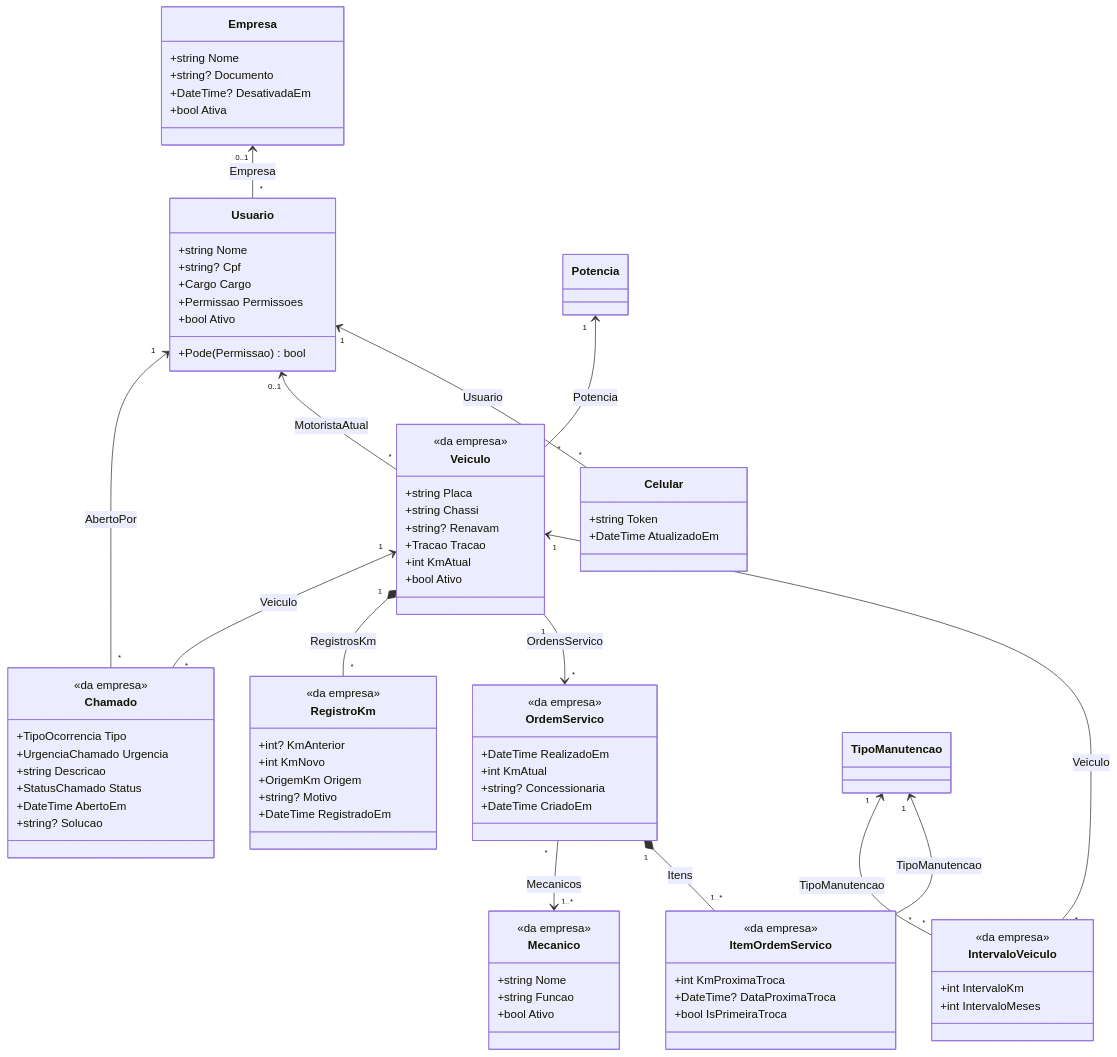
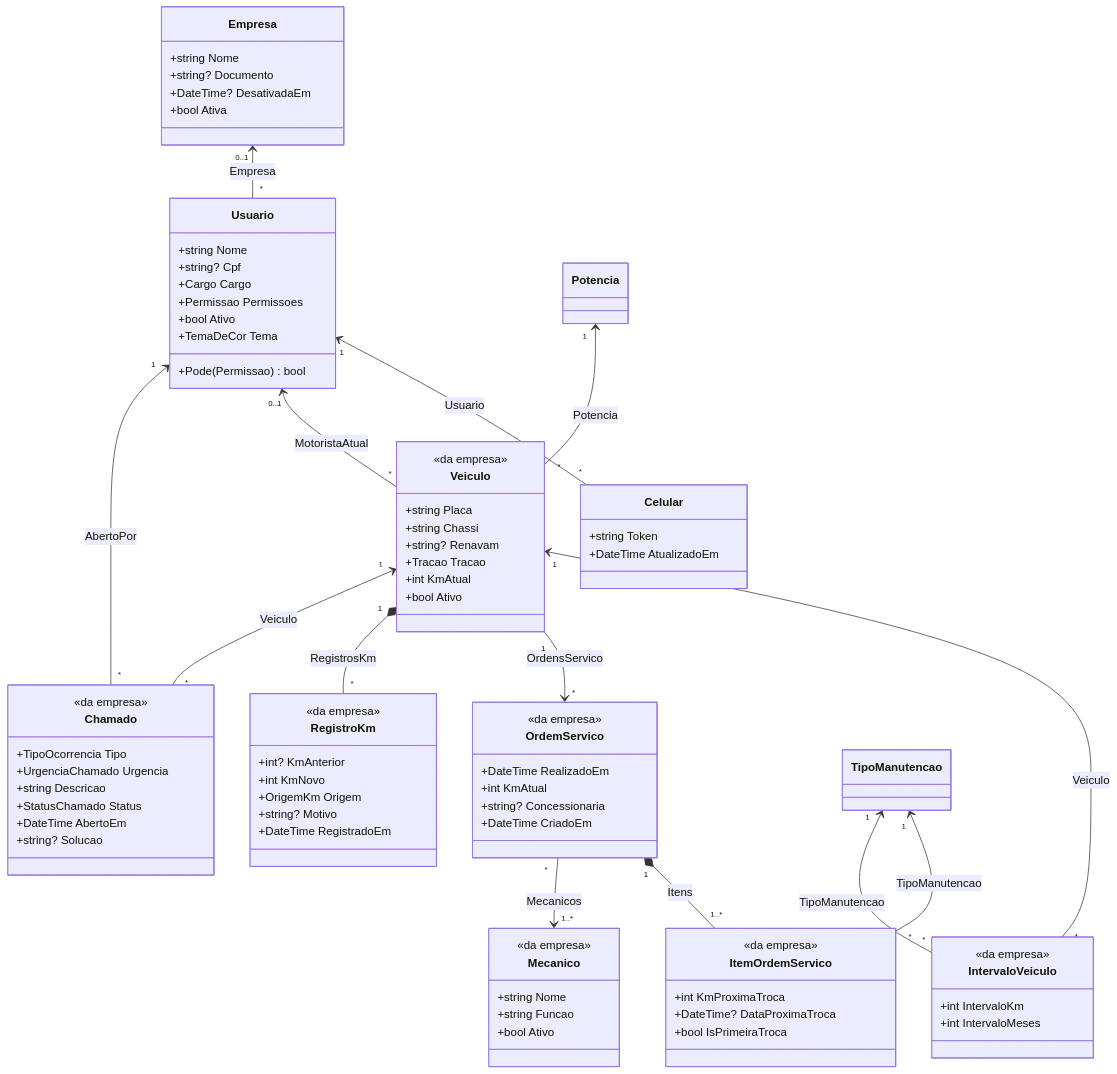
The third of 4 diagrams in docs/dominio.md (LeandroPoletti/CheckTruck), drawn with Mermaid before and after one commit. The commit also changed other lines of this file and 94 other files, not shown here.

```diff
--- a/docs/dominio.md
+++ b/docs/dominio.md
@@ -94,6 +94,7 @@
         +Cargo Cargo
         +Permissao Permissoes
         +bool Ativo
+        +TemaDeCor Tema
         +Pode(Permissao) bool
     }
     class Celular {
```
